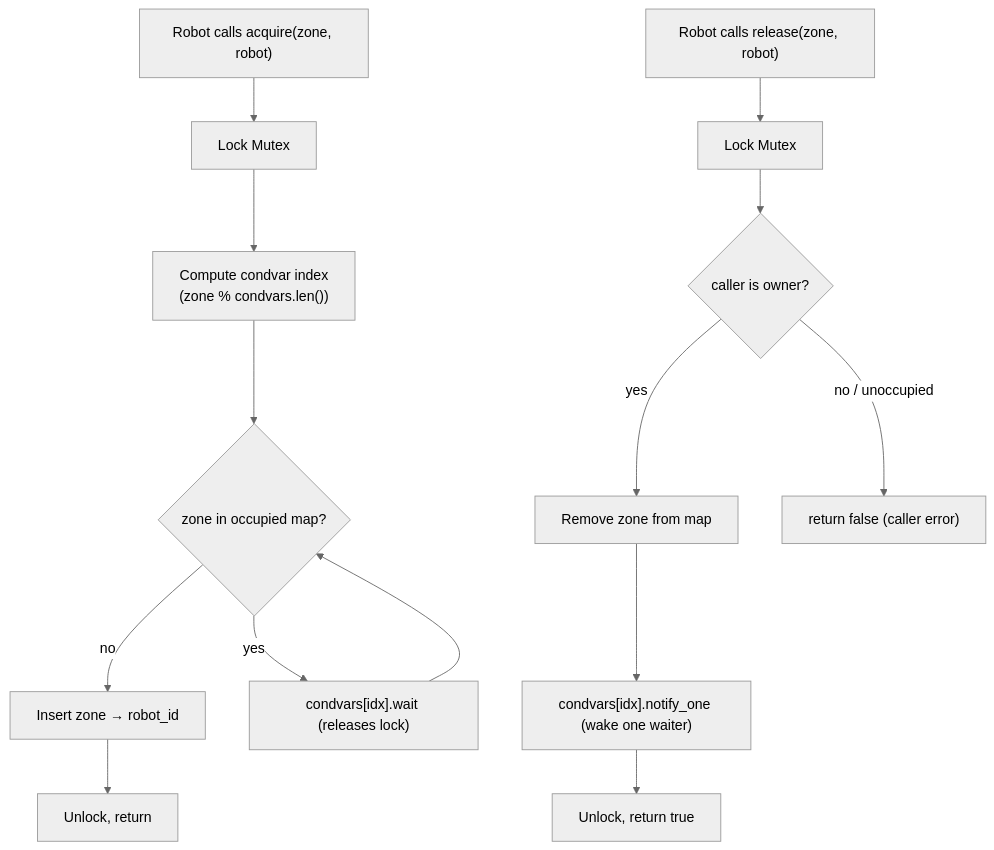
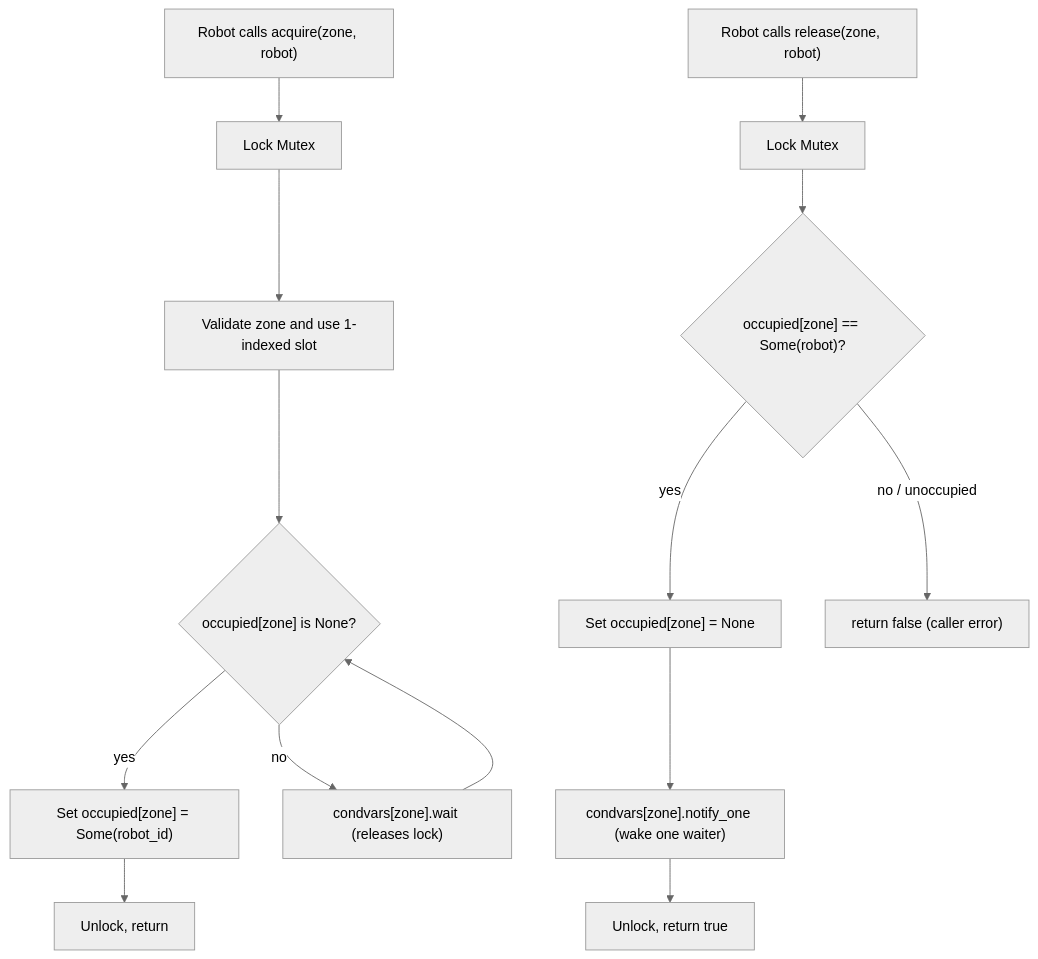
Before and after one commit to HaochenFa/Medical-Care-Robot-Coordination-System-Core: the fourth of 6 diagrams in DIAGRAMS.md, drawn with Mermaid (neutral theme). The commit also changed other lines of this file and 9 other files, not shown here.

````diff
--- a/DIAGRAMS.md
+++ b/DIAGRAMS.md
@@ -108,17 +108,17 @@
 ```mermaid
 flowchart TD
     A["Robot calls acquire(zone, robot)"] --> LOCK["Lock Mutex"]
-    LOCK --> IDX["Compute condvar index\n(zone % condvars.len())"]
-    IDX --> OCC{"zone in occupied map?"}
-    OCC -- "no" --> INSERT["Insert zone → robot_id"]
+    LOCK --> IDX["Validate zone and use 1-indexed slot"]
+    IDX --> OCC{"occupied[zone] is None?"}
+    OCC -- "yes" --> INSERT["Set occupied[zone] = Some(robot_id)"]
     INSERT --> UNLOCK_A["Unlock, return"]
-    OCC -- "yes" --> WAIT["condvars[idx].wait (releases lock)"]
+    OCC -- "no" --> WAIT["condvars[zone].wait (releases lock)"]
     WAIT --> OCC
 
     R["Robot calls release(zone, robot)"] --> LOCKR["Lock Mutex"]
-    LOCKR --> OWNER{"caller is owner?"}
-    OWNER -- "yes" --> REMOVE["Remove zone from map"]
-    REMOVE --> NOTIFYONE["condvars[idx].notify_one (wake one waiter)"]
+    LOCKR --> OWNER{"occupied[zone] == Some(robot)?"}
+    OWNER -- "yes" --> REMOVE["Set occupied[zone] = None"]
+    REMOVE --> NOTIFYONE["condvars[zone].notify_one (wake one waiter)"]
     NOTIFYONE --> UNLOCK_R["Unlock, return true"]
     OWNER -- "no / unoccupied" --> FALSE["return false (caller error)"]
 ```
````
